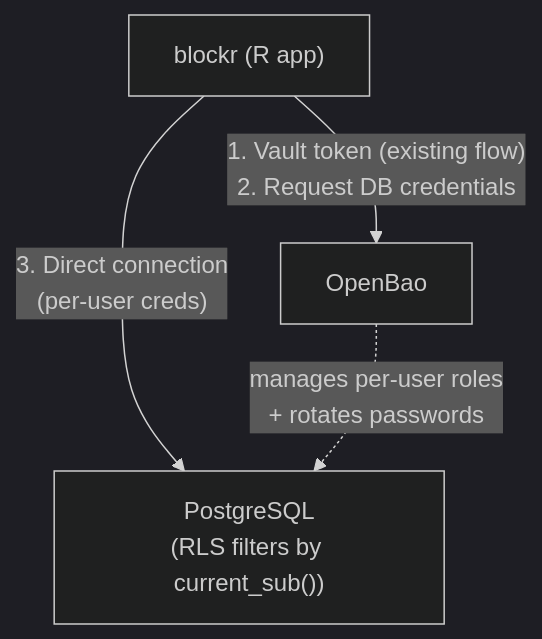
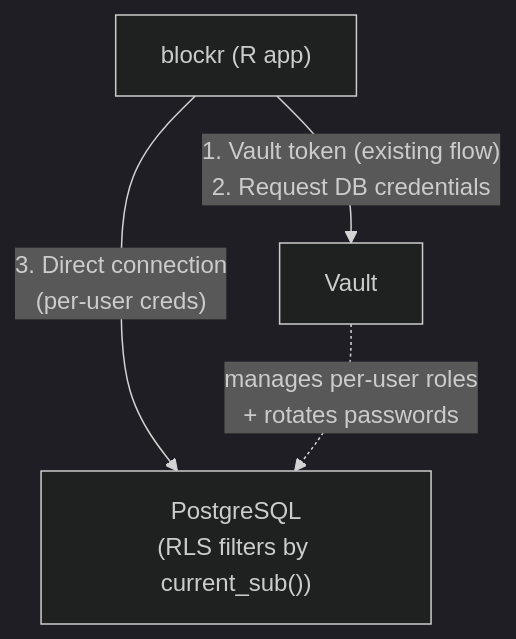
The first of 2 diagrams in docs/design/board-storage.md (cynkra/blockyard), drawn with Mermaid (dark theme) before and after one commit. The commit also changed other lines of this file and 43 other files, not shown here.

````diff
--- a/docs/design/board-storage.md
+++ b/docs/design/board-storage.md
@@ -100,6 +100,6 @@
 ```mermaid
 graph TD
-    blockr["blockr (R app)"] -->|"1. Vault token (existing flow)<br>2. Request DB credentials"| vault["OpenBao"]
+    blockr["blockr (R app)"] -->|"1. Vault token (existing flow)<br>2. Request DB credentials"| vault["Vault"]
     blockr -->|"3. Direct connection<br>(per-user creds)"| pg["PostgreSQL<br>(RLS filters by current_sub())"]
     vault -.->|"manages per-user roles<br>+ rotates passwords"| pg
 ```
````
